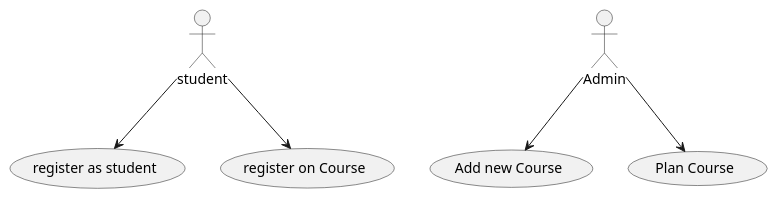
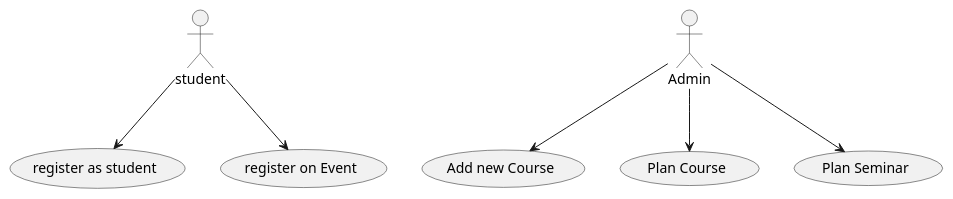
The diagram in src/uml/usecases.puml (bigjim71/jpa-case), drawn with PlantUML before and after one commit. The commit also changed 8 other files, not shown here.

```diff
--- a/src/uml/usecases.puml
+++ b/src/uml/usecases.puml
@@ -1,11 +1,13 @@
 @startuml
 
 
 student --> (register as student)
-student --> (register on Course)
+student --> (register on Event)
 Admin --> (Add new Course)
 Admin --> (Plan Course)
+Admin --> (Plan Seminar)
+
 
 
 
 @enduml
```
